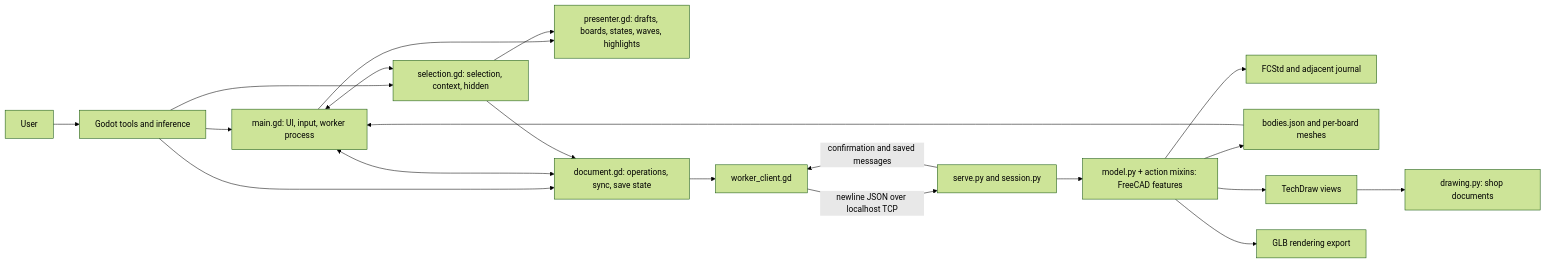
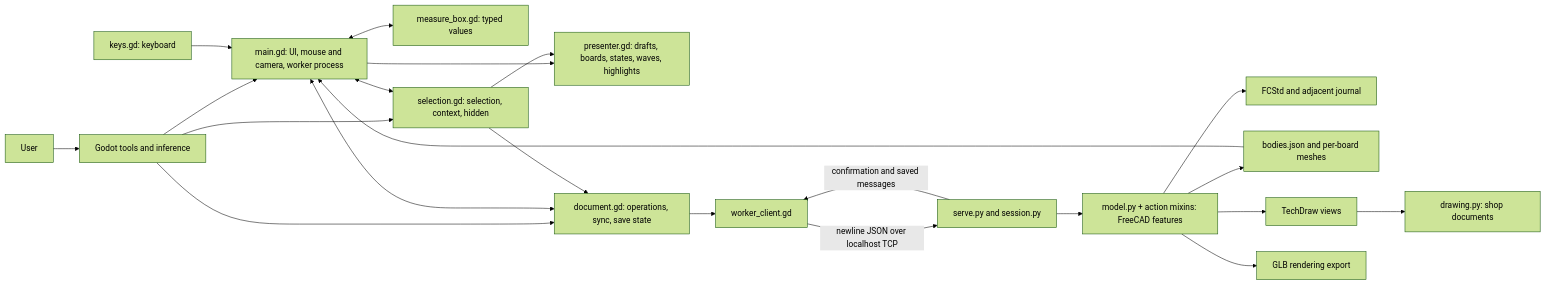
Before and after one commit to wweatherall/Napkin: the diagram in ARCHITECTURE.md, drawn with Mermaid (forest theme). The commit also changed other lines of this file and 7 other files, not shown here.

First line of the commit message:
T75: keyboard and measurements box out of viewport/main.gd (H036)

````diff
--- a/ARCHITECTURE.md
+++ b/ARCHITECTURE.md
@@ -28,22 +28,24 @@
 ```mermaid
 flowchart LR
     U[User] --> T[Godot tools and inference]
-    T --> M[main.gd: UI, input, worker process]
+    T --> M[main.gd: UI, mouse and camera, worker process]
+    KB[keys.gd: keyboard] --> M
+    M <--> MB[measure_box.gd: typed values]
     M --> PR[presenter.gd: drafts, boards, states, waves, highlights]
     SC --> PR
     T --> DC[document.gd: operations, sync, save state]
     M <--> DC
     T --> SC[selection.gd: selection, context, hidden]
     M <--> SC
     SC --> DC
     DC --> C[worker_client.gd]
     C -->|newline JSON over localhost TCP| W[serve.py and session.py]
     W --> G[model.py + action mixins: FreeCAD features]
     G --> F[FCStd and adjacent journal]
     G --> E[bodies.json and per-board meshes]
     E --> M
     W -->|confirmation and saved messages| C
     G --> V[TechDraw views]
     V --> D[drawing.py: shop documents]
     G --> B[GLB rendering export]
 ```
````
